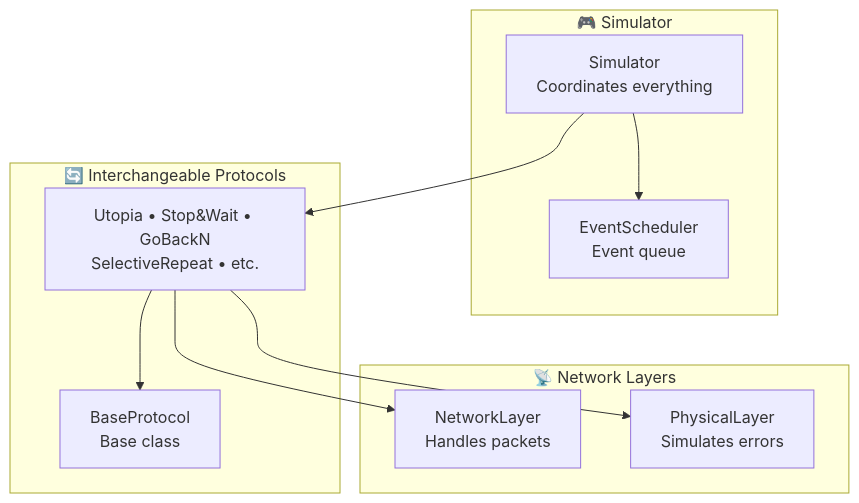
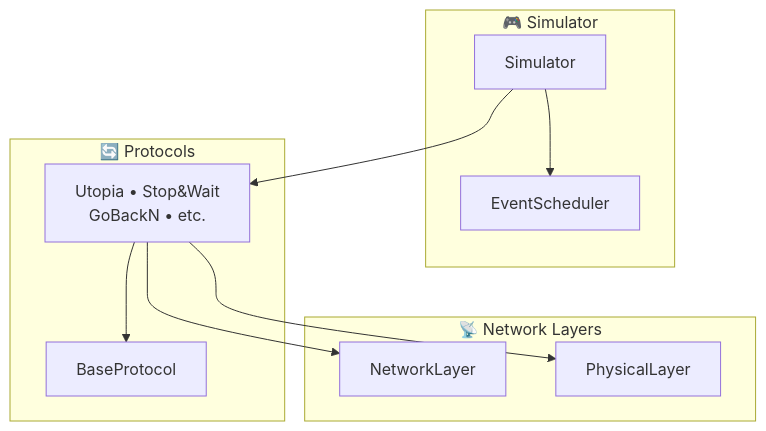
One commit to PavsTEC/network_simulator changed the second of 2 diagrams in README.md. Above: the diagram before and after it, drawn with Mermaid. The commit also changed other lines of this file, not shown here.

````diff
--- a/README.md
+++ b/README.md
@@ -96,23 +96,23 @@
 ```mermaid
 graph TB
     subgraph "🎮 Simulator"
-        SIM[Simulator<br/>Coordinates everything]
-        ES[EventScheduler<br/>Event queue]
+        SIM[Simulator]
+        ES[EventScheduler]
     end
 
-    subgraph "🔄 Interchangeable Protocols"
-        BP[BaseProtocol<br/>Base class]
-        PROT[Utopia • Stop&Wait • GoBackN<br/>SelectiveRepeat • etc.]
+    subgraph "🔄 Protocols"
+        BP[BaseProtocol]
+        PROT[Utopia • Stop&Wait<br/>GoBackN • etc.]
     end
 
     subgraph "📡 Network Layers"
-        NL[NetworkLayer<br/>Handles packets]
-        PL[PhysicalLayer<br/>Simulates errors]
+        NL[NetworkLayer]
+        PL[PhysicalLayer]
     end
 
     SIM --> ES
     SIM --> PROT
     PROT --> BP
     PROT --> NL
     PROT --> PL
 ```
````
